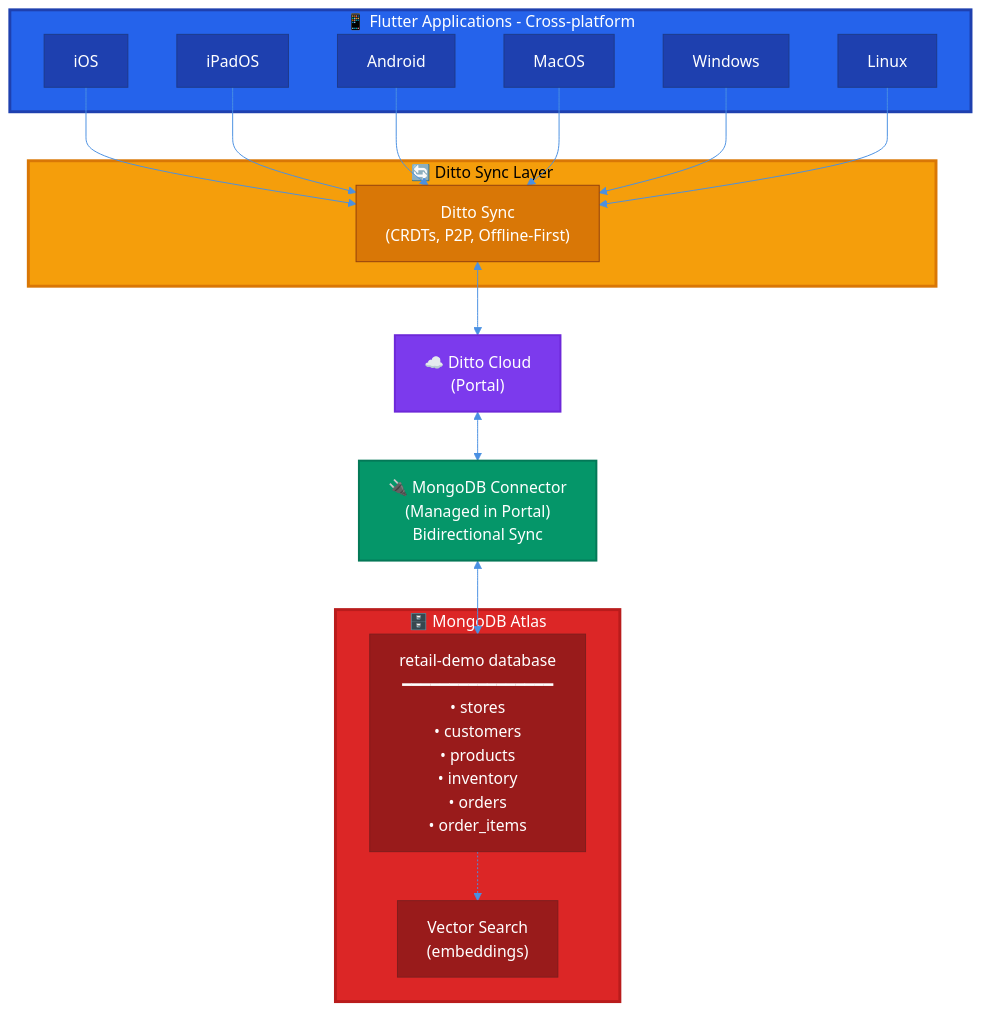
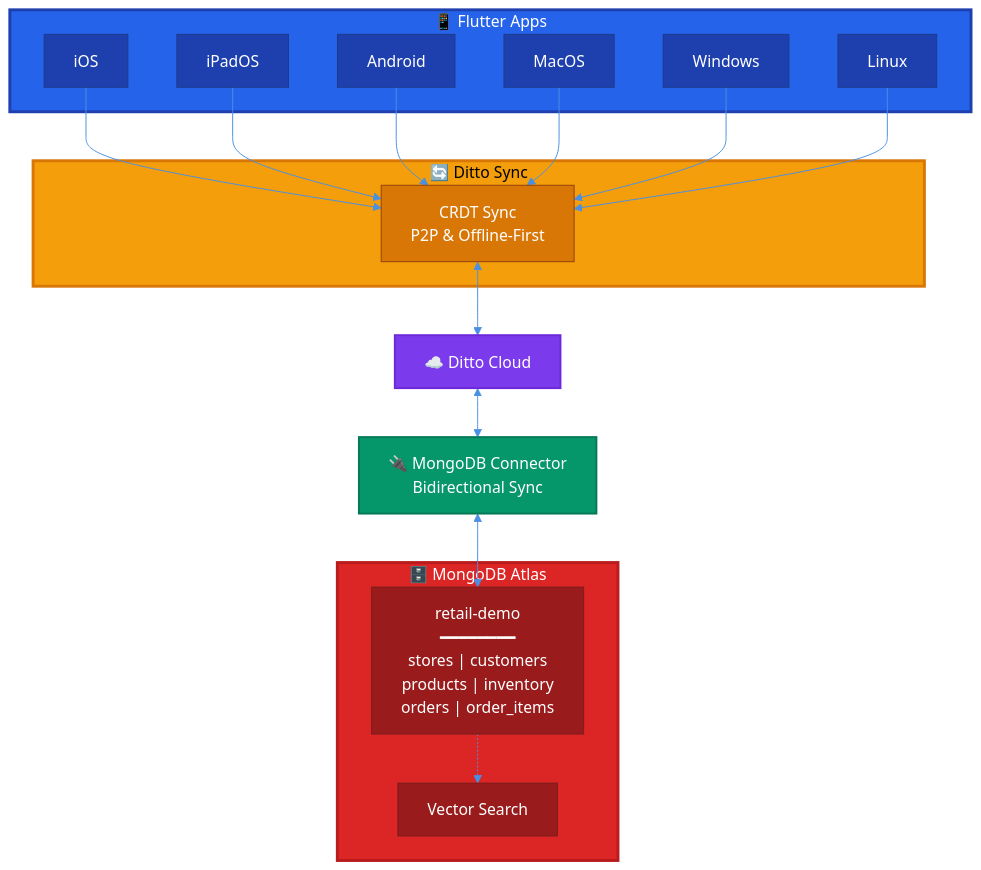
One commit to ditto-examples/retail-demo-zava-dyi-dataset changed the diagram in README.md. Above: the diagram before and after it, drawn with Mermaid.

Commit message:
feat: fixed rendering of Flutter title

````diff
--- a/README.md
+++ b/README.md
@@ -229,46 +229,46 @@
 ```mermaid
 %%{init: {'theme':'base', 'themeVariables': { 'primaryColor':'#4a90e2','primaryTextColor':'#fff','primaryBorderColor':'#2c5282','lineColor':'#4a90e2','secondaryColor':'#7c3aed','tertiaryColor':'#059669'}}}%%
 graph TB
-    subgraph flutter["📱 Flutter Applications - Cross-platform"]
+    subgraph flutter["📱 Flutter Apps"]
         ios["iOS"]
         ipados["iPadOS"]
         android["Android"]
         macos["MacOS"]
         windows["Windows"]
         linux["Linux"]
     end
 
-    subgraph ditto_sync["🔄 Ditto Sync Layer"]
-        sync["Ditto Sync<br/>(CRDTs, P2P, Offline-First)"]
+    subgraph ditto_sync["🔄 Ditto Sync"]
+        sync["CRDT Sync<br/>P2P & Offline-First"]
     end
 
-    portal["☁️ Ditto Cloud<br/>(Portal)"]
+    portal["☁️ Ditto Cloud"]
 
-    connector["🔌 MongoDB Connector<br/>(Managed in Portal)<br/>Bidirectional Sync"]
+    connector["🔌 MongoDB Connector<br/>Bidirectional Sync"]
 
     subgraph mongodb["🗄️ MongoDB Atlas"]
-        db["retail-demo database<br/>━━━━━━━━━━━━━━━━<br/>• stores<br/>• customers<br/>• products<br/>• inventory<br/>• orders<br/>• order_items"]
-        vector["Vector Search<br/>(embeddings)"]
+        db["retail-demo<br/>━━━━━━━━<br/>stores | customers<br/>products | inventory<br/>orders | order_items"]
+        vector["Vector Search"]
     end
 
     ios & ipados & android & macos & windows & linux --> sync
     sync <--> portal
     portal <--> connector
     connector <--> db
     db -.-> vector
 
     style flutter fill:#2563eb,stroke:#1e40af,stroke-width:3px,color:#fff
     style ditto_sync fill:#f59e0b,stroke:#d97706,stroke-width:3px,color:#000
     style portal fill:#7c3aed,stroke:#6d28d9,stroke-width:2px,color:#fff
     style connector fill:#059669,stroke:#047857,stroke-width:2px,color:#fff
     style mongodb fill:#dc2626,stroke:#b91c1c,stroke-width:3px,color:#fff
     style ios fill:#1e40af,stroke:#1e3a8a,color:#fff
     style ipados fill:#1e40af,stroke:#1e3a8a,color:#fff
     style android fill:#1e40af,stroke:#1e3a8a,color:#fff
     style macos fill:#1e40af,stroke:#1e3a8a,color:#fff
     style windows fill:#1e40af,stroke:#1e3a8a,color:#fff
     style linux fill:#1e40af,stroke:#1e3a8a,color:#fff
     style sync fill:#d97706,stroke:#92400e,color:#fff
     style db fill:#991b1b,stroke:#7f1d1d,color:#fff
     style vector fill:#991b1b,stroke:#7f1d1d,color:#fff
 ```
````
